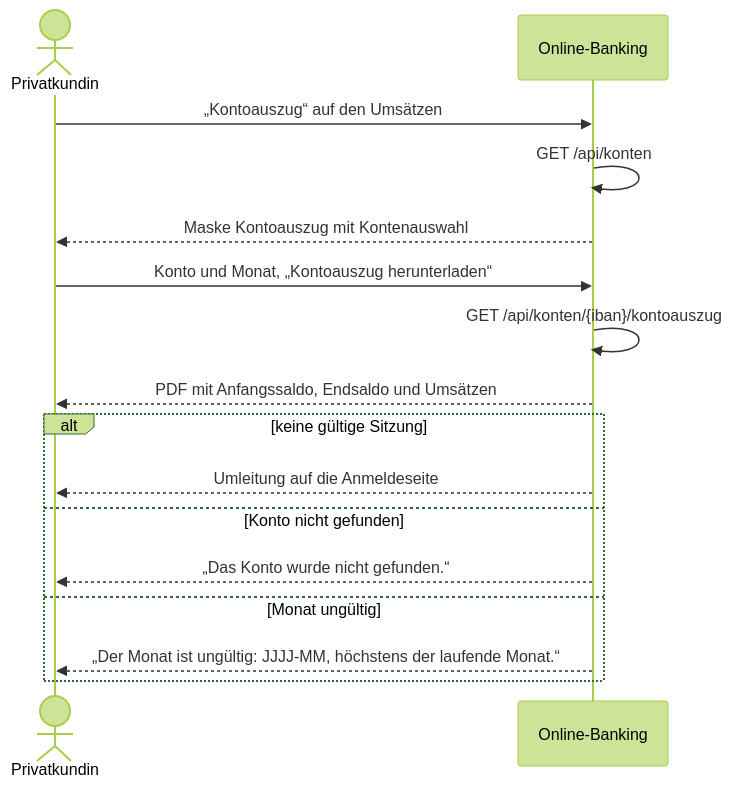
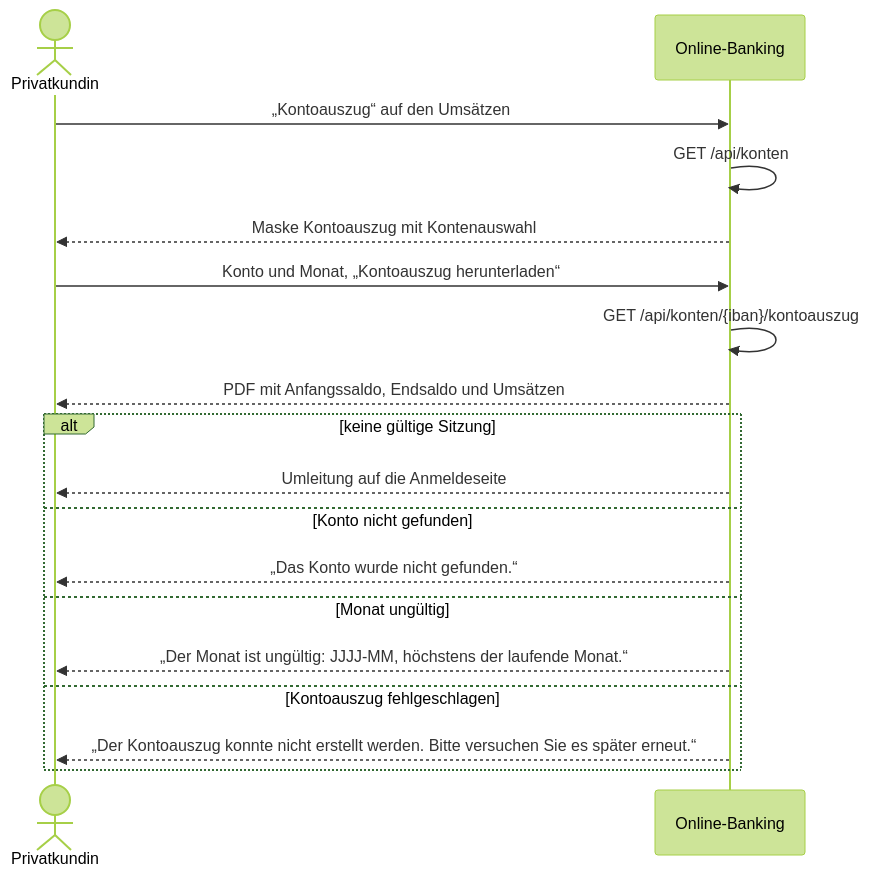
Before and after one commit to dakn85/online-banking: the diagram in docs/use_cases/UC-024-kontoauszug-als-pdf-herunterladen.md, drawn with Mermaid (forest theme). The commit also changed other lines of this file and 4 other files, not shown here.

First line of the commit message:
PK-62: KI-Vorschlag übernommen: UC-024: A5 Kontoauszug fehlgeschlagen (500, Meldung der Maske)

````diff
--- a/docs/use_cases/UC-024-kontoauszug-als-pdf-herunterladen.md
+++ b/docs/use_cases/UC-024-kontoauszug-als-pdf-herunterladen.md
@@ -67,18 +67,20 @@
 ```mermaid
 sequenceDiagram
     actor kundin as Privatkundin
     participant banking as Online-Banking
     kundin->>banking: „Kontoauszug“ auf den Umsätzen
     banking->>banking: GET /api/konten
     banking-->>kundin: Maske Kontoauszug mit Kontenauswahl
     kundin->>banking: Konto und Monat, „Kontoauszug herunterladen“
     banking->>banking: GET /api/konten/{iban}/kontoauszug
     banking-->>kundin: PDF mit Anfangssaldo, Endsaldo und Umsätzen
     alt keine gültige Sitzung
         banking-->>kundin: Umleitung auf die Anmeldeseite
     else Konto nicht gefunden
         banking-->>kundin: „Das Konto wurde nicht gefunden.“
     else Monat ungültig
         banking-->>kundin: „Der Monat ist ungültig: JJJJ-MM, höchstens der laufende Monat.“
+    else Kontoauszug fehlgeschlagen
+        banking-->>kundin: „Der Kontoauszug konnte nicht erstellt werden. Bitte versuchen Sie es später erneut.“
     end
 ```
````
